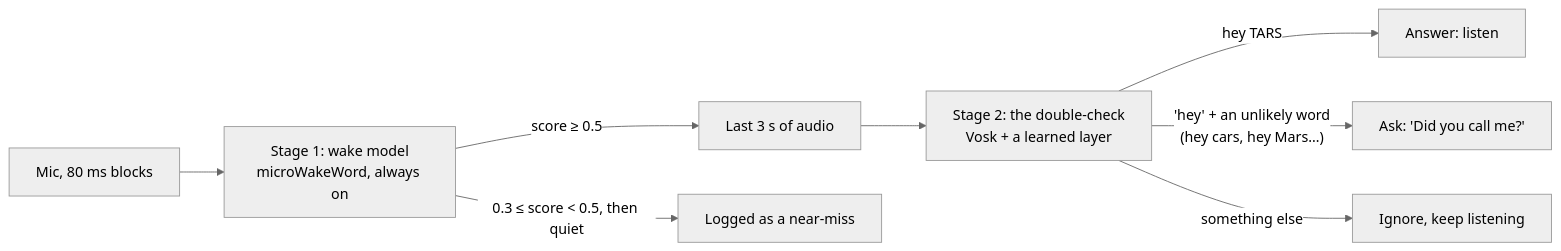
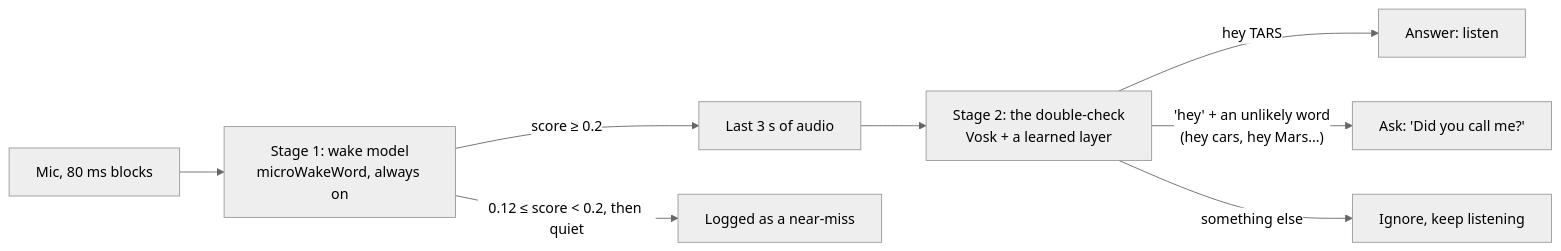
One commit to alon-pilosoph/tars changed the diagram in docs/wake-word.md. Above: the diagram before and after it, drawn with Mermaid (neutral theme). The commit also changed other lines of this file and 11 other files, not shown here.

````diff
--- a/docs/wake-word.md
+++ b/docs/wake-word.md
@@ -30,10 +30,10 @@
 ```mermaid
 flowchart LR
     mic[Mic, 80 ms blocks] --> s1["Stage 1: wake model<br/>microWakeWord, always on"]
-    s1 -- "score ≥ 0.5" --> win["Last 3 s of audio"]
-    s1 -- "0.3 ≤ score < 0.5, then quiet" --> near["Logged as a near-miss"]
+    s1 -- "score ≥ 0.2" --> win["Last 3 s of audio"]
+    s1 -- "0.12 ≤ score < 0.2, then quiet" --> near["Logged as a near-miss"]
     win --> s2["Stage 2: the double-check<br/>Vosk + a learned layer"]
     s2 -- "hey TARS" --> answer["Answer: listen"]
     s2 -- "'hey' + an unlikely word<br/>(hey cars, hey Mars…)" --> ask["Ask: 'Did you call me?'"]
     s2 -- "something else" --> ignore["Ignore, keep listening"]
 ```
````
